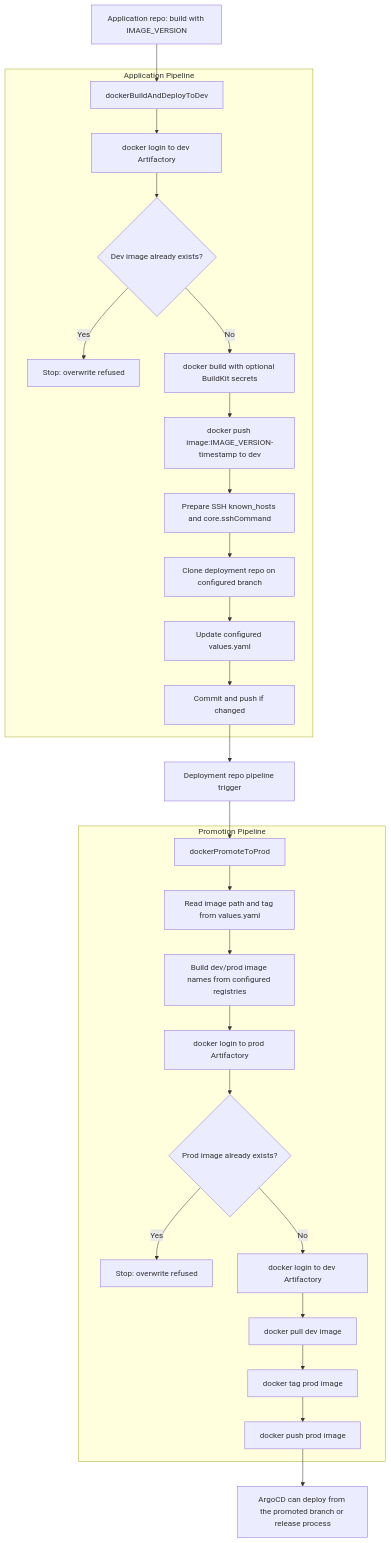
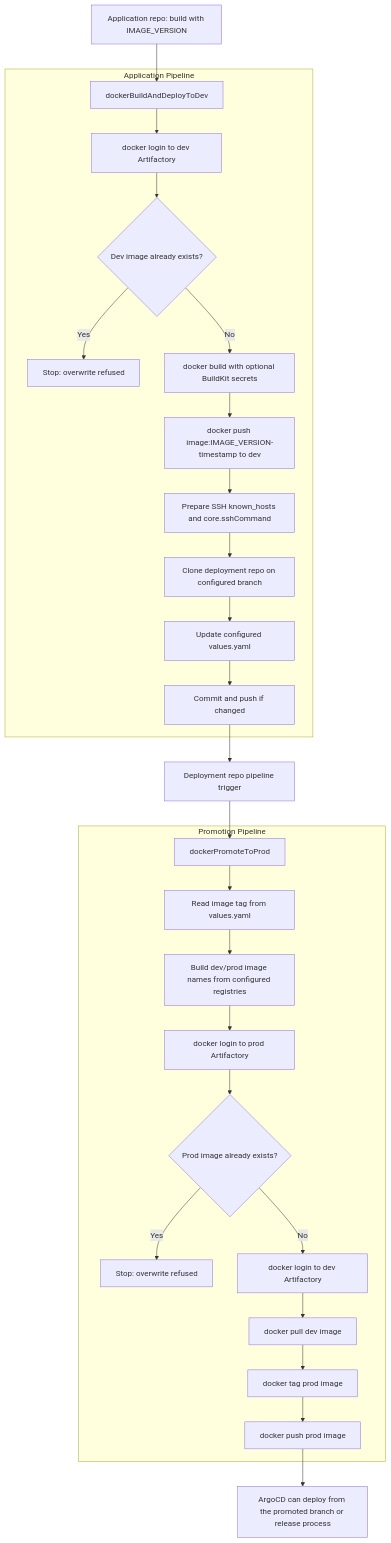
The diagram in README.md (thomas-illiet/jenkins-argocd), drawn with Mermaid before and after one commit. The commit also changed other lines of this file and 4 other files, not shown here.

````diff
--- a/README.md
+++ b/README.md
@@ -111,33 +111,33 @@
 ```mermaid
 flowchart TD
     A["Application repo: build with IMAGE_VERSION"] --> B["dockerBuildAndDeployToDev"]
 
     subgraph APP["Application Pipeline"]
         B --> D["docker login to dev Artifactory"]
         D --> E{"Dev image already exists?"}
         E -->|Yes| F["Stop: overwrite refused"]
         E -->|No| G["docker build with optional BuildKit secrets"]
         G --> H["docker push image:IMAGE_VERSION-timestamp to dev"]
         H --> I["Prepare SSH known_hosts and core.sshCommand"]
         I --> J["Clone deployment repo on configured branch"]
         J --> K["Update configured values.yaml"]
         K --> L["Commit and push if changed"]
     end
 
     L --> M["Deployment repo pipeline trigger"]
     M --> N["dockerPromoteToProd"]
 
     subgraph PROMOTE["Promotion Pipeline"]
-        N --> P["Read image path and tag from values.yaml"]
+        N --> P["Read image tag from values.yaml"]
         P --> Q["Build dev/prod image names from configured registries"]
         Q --> R["docker login to prod Artifactory"]
         R --> S{"Prod image already exists?"}
         S -->|Yes| T["Stop: overwrite refused"]
         S -->|No| U["docker login to dev Artifactory"]
         U --> V["docker pull dev image"]
         V --> W["docker tag prod image"]
         W --> X["docker push prod image"]
     end
 
     X --> Y["ArgoCD can deploy from the promoted branch or release process"]
 ```
````
